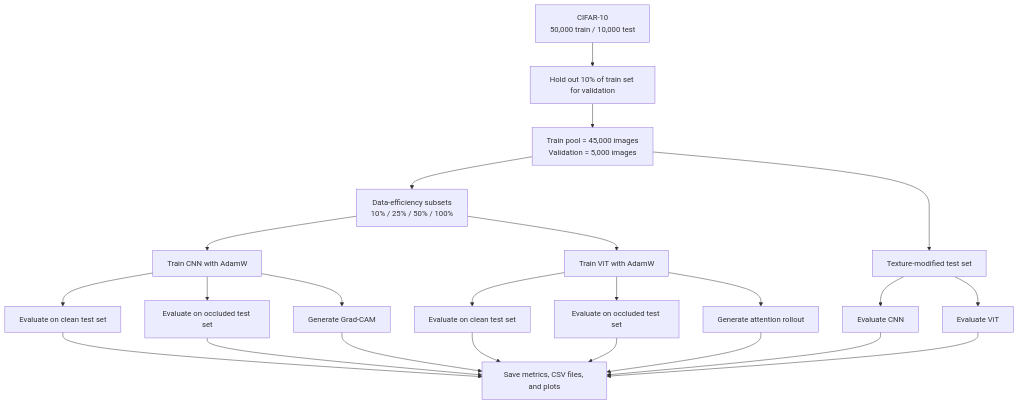
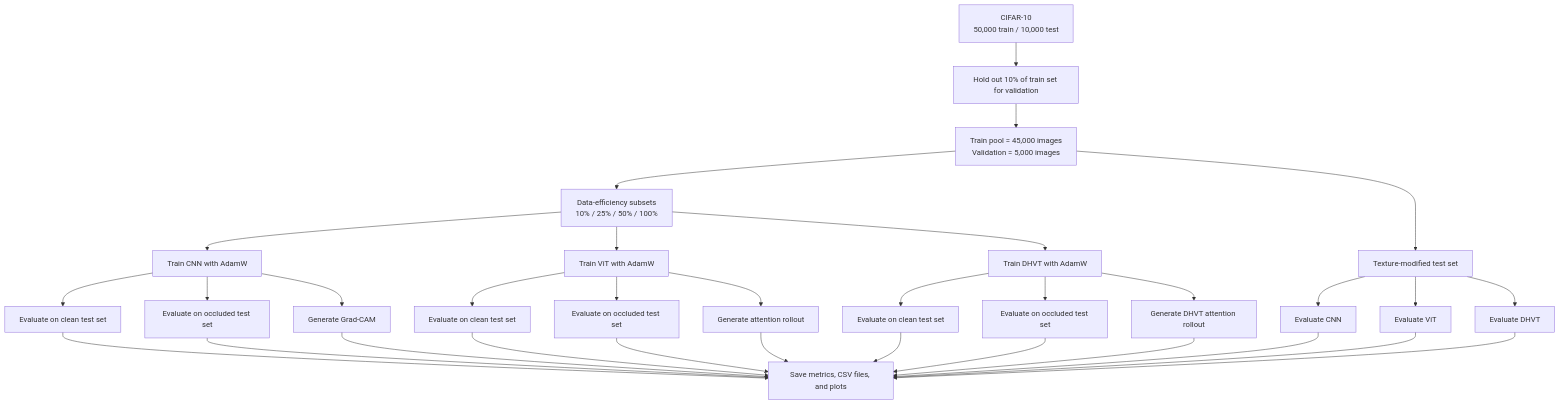
Before and after one commit to richardcheam/cnn-vit: the first of 2 diagrams in README.md, drawn with Mermaid. The commit also changed other lines of this file and 7 other files, not shown here.

````diff
--- a/README.md
+++ b/README.md
@@ -121,32 +127,41 @@
 ```mermaid
 flowchart TD
     A[CIFAR-10<br/>50,000 train / 10,000 test]
     A --> B[Hold out 10% of train set for validation]
     B --> C[Train pool = 45,000 images<br/>Validation = 5,000 images]
 
     C --> D[Data-efficiency subsets<br/>10% / 25% / 50% / 100%]
     D --> E1[Train CNN with AdamW]
     D --> E2[Train ViT with AdamW]
+    D --> E3[Train DHVT with AdamW]
 
     E1 --> F1[Evaluate on clean test set]
     E2 --> F2[Evaluate on clean test set]
+    E3 --> F3[Evaluate on clean test set]
 
     E1 --> G1[Evaluate on occluded test set]
     E2 --> G2[Evaluate on occluded test set]
+    E3 --> G3[Evaluate on occluded test set]
 
     E1 --> H1[Generate Grad-CAM]
     E2 --> H2[Generate attention rollout]
+    E3 --> H3[Generate DHVT attention rollout]
 
     F1 --> I[Save metrics, CSV files, and plots]
     F2 --> I
+    F3 --> I
     G1 --> I
     G2 --> I
+    G3 --> I
     H1 --> I
     H2 --> I
+    H3 --> I
 
     C --> J[Texture-modified test set]
     J --> K1[Evaluate CNN]
     J --> K2[Evaluate ViT]
+    J --> K3[Evaluate DHVT]
     K1 --> I
     K2 --> I
+    K3 --> I
 ```
````
